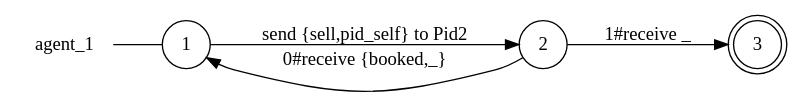
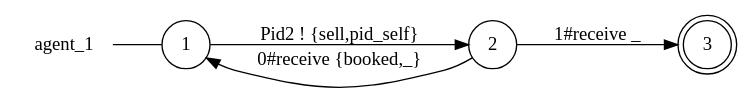
One commit to gabrielegenovese/chorer changed the diagram in examples/airline/agent_1_local_view.dot. Above: the diagram before and after it, drawn with Graphviz. The commit also changed 56 other files, not shown here.

Commit message:
updated send label format in "proc ! data"

```diff
--- a/examples/airline/agent_1_local_view.dot
+++ b/examples/airline/agent_1_local_view.dot
@@ -1,12 +1,12 @@
 digraph agent_1 {
 	rankdir="LR";
 	n_0 [label="agent_1", shape="plaintext"];
 	n_1 [id="1", shape=circle, label="1"];
 	n_0 -> n_1 [arrowhead=none];
 	n_2 [id="2", shape=circle, label="2"];
 	n_3 [id="3", shape=doublecircle, label="3"];
 
-	n_1 -> n_2 [id="[$e|0]", label="send {sell,pid_self} to Pid2"];
-	n_2 -> n_3 [id="[$e|1]", label="1#receive _"];
+	n_1 -> n_2 [id="[$e|3]", label="Pid2 ! {sell,pid_self}"];
+	n_2 -> n_3 [id="[$e|0]", label="1#receive _"];
 	n_2 -> n_1 [id="[$e|4]", label="0#receive {booked,_}"];
 }
```
